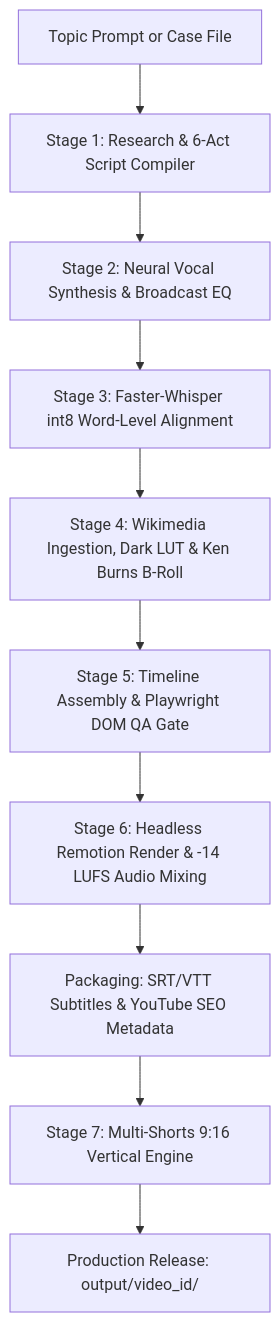
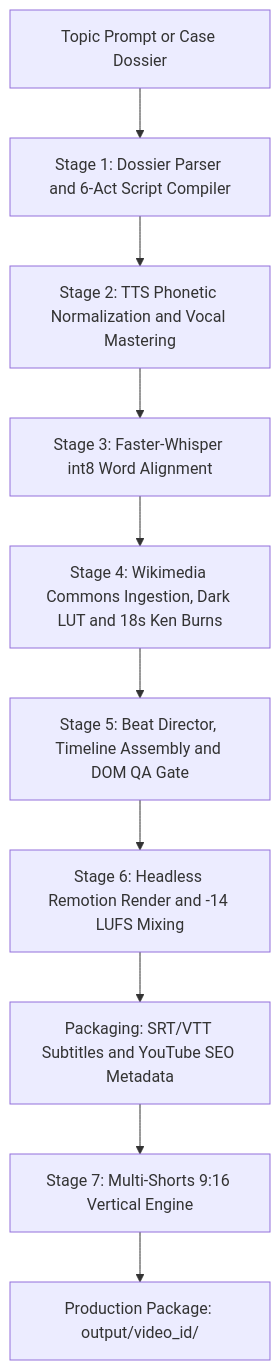
Before and after one commit to Minhaj009/vexloci: the second of 2 diagrams in README.md, drawn with Mermaid. The commit also changed other lines of this file and 14 other files, not shown here.

Commit message:
docs: update README and showcase graphics for 2026 light editorial engine

````diff
--- a/README.md
+++ b/README.md
@@ -103,12 +100,12 @@
 ```mermaid
 flowchart TD
-    A[Topic Prompt or Case File] --> B[Stage 1: Research & 6-Act Script Compiler]
-    B --> C[Stage 2: Neural Vocal Synthesis & Broadcast EQ]
-    C --> D[Stage 3: Faster-Whisper int8 Word-Level Alignment]
-    D --> E[Stage 4: Wikimedia Ingestion, Dark LUT & Ken Burns B-Roll]
-    E --> F[Stage 5: Timeline Assembly & Playwright DOM QA Gate]
-    F --> G[Stage 6: Headless Remotion Render & -14 LUFS Audio Mixing]
-    G --> H[Packaging: SRT/VTT Subtitles & YouTube SEO Metadata]
+    A[Topic Prompt or Case Dossier] --> B[Stage 1: Dossier Parser and 6-Act Script Compiler]
+    B --> C[Stage 2: TTS Phonetic Normalization and Vocal Mastering]
+    C --> D[Stage 3: Faster-Whisper int8 Word Alignment]
+    D --> E[Stage 4: Wikimedia Commons Ingestion, Dark LUT and 18s Ken Burns]
+    E --> F[Stage 5: Beat Director, Timeline Assembly and DOM QA Gate]
+    F --> G[Stage 6: Headless Remotion Render and -14 LUFS Mixing]
+    G --> H[Packaging: SRT/VTT Subtitles and YouTube SEO Metadata]
     H --> I[Stage 7: Multi-Shorts 9:16 Vertical Engine]
-    I --> J[Production Release: output/video_id/]
+    I --> J[Production Package: output/video_id/]
 ```
````
